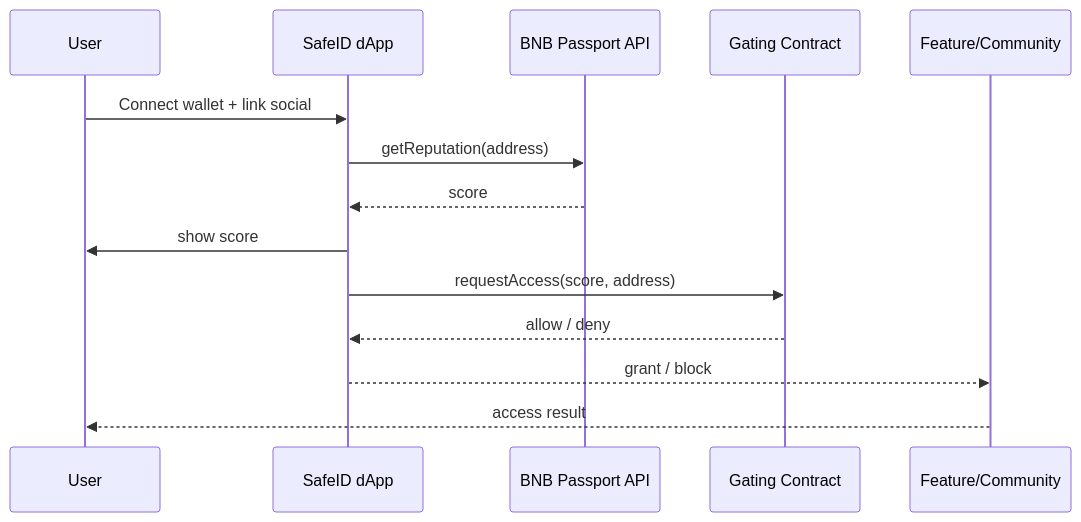
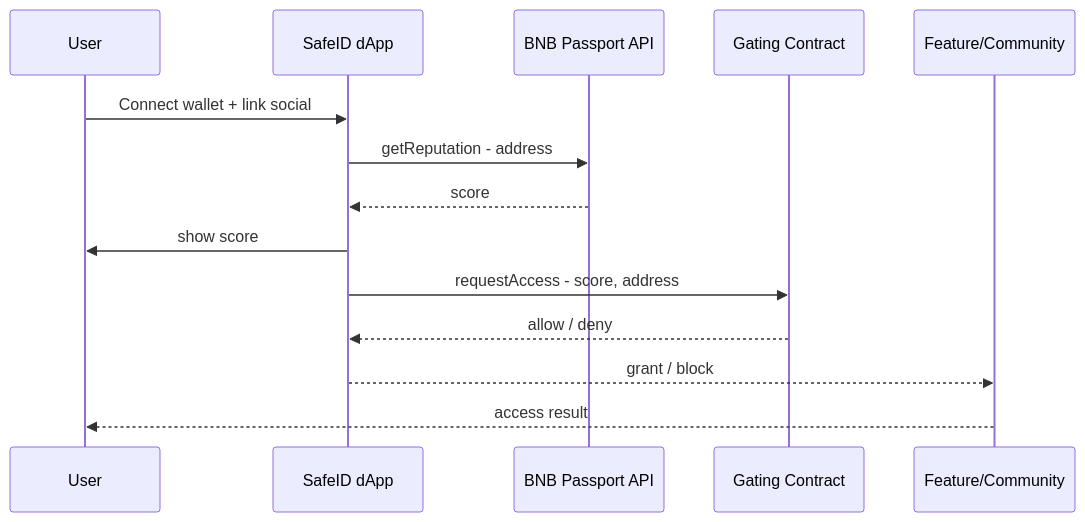
The second of 3 diagrams in docs/overview.md (EndiHariadi43/safeid-wallet), drawn with Mermaid before and after one commit.

````diff
--- a/docs/overview.md
+++ b/docs/overview.md
@@ -42,17 +42,17 @@
 ```mermaid
 sequenceDiagram
   participant U as User
   participant A as SafeID dApp
   participant P as BNB Passport API
   participant C as Gating Contract
   participant F as Feature/Community
 
   U->>A: Connect wallet + link social
-  A->>P: getReputation(address)
+  A->>P: getReputation - address
   P-->>A: score
   A->>U: show score
-  A->>C: requestAccess(score, address)
+  A->>C: requestAccess - score, address
   C-->>A: allow / deny
   A-->>F: grant / block
   F-->>U: access result
 ```
````
